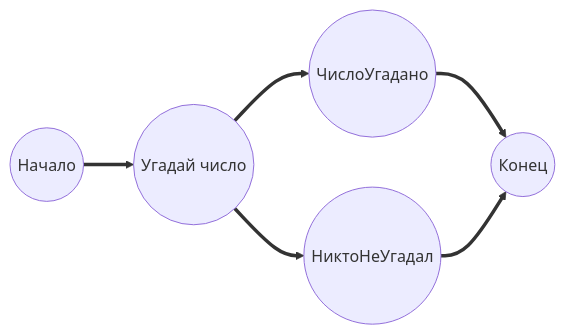
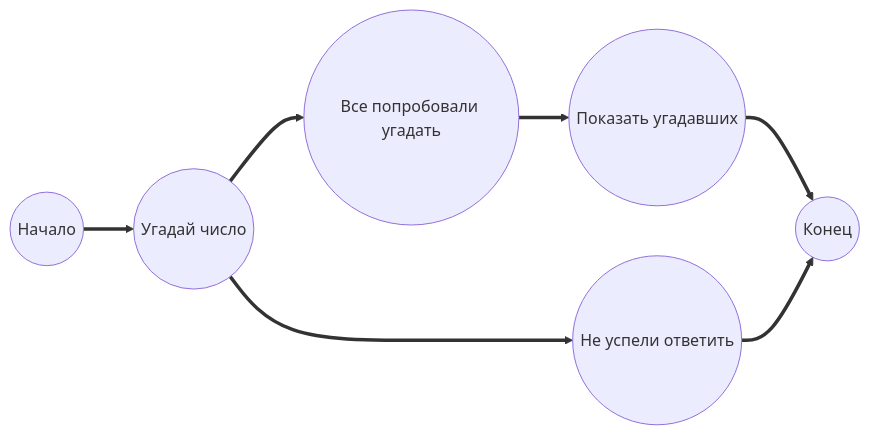
The first of 2 diagrams in docs/dev_guide/overview.md (theWebPartyTime/main), drawn with Mermaid before and after one commit. The commit also changed other lines of this file and 30 other files, not shown here.

````diff
--- a/docs/dev_guide/overview.md
+++ b/docs/dev_guide/overview.md
@@ -9,16 +12,19 @@
 ```mermaid
 flowchart LR
     id1(("Начало"))
 
     id2(("Угадай число"))
-    id3(("ЧислоУгадано"))
-    id4(("НиктоНеУгадал"))
+    id3(("Все попробовали угадать"))
+    id4(("Не успели ответить"))
 
-    id5(("Конец"))
+
+    id5(("Показать угадавших"))
+    id6(("Конец"))
 
     id1 ==> id2
     id2 ==> id3
     id2 ==> id4
     id3 ==> id5
-    id4 ==> id5
+    id5 ==> id6
+    id4 ==> id6
 ```
````
